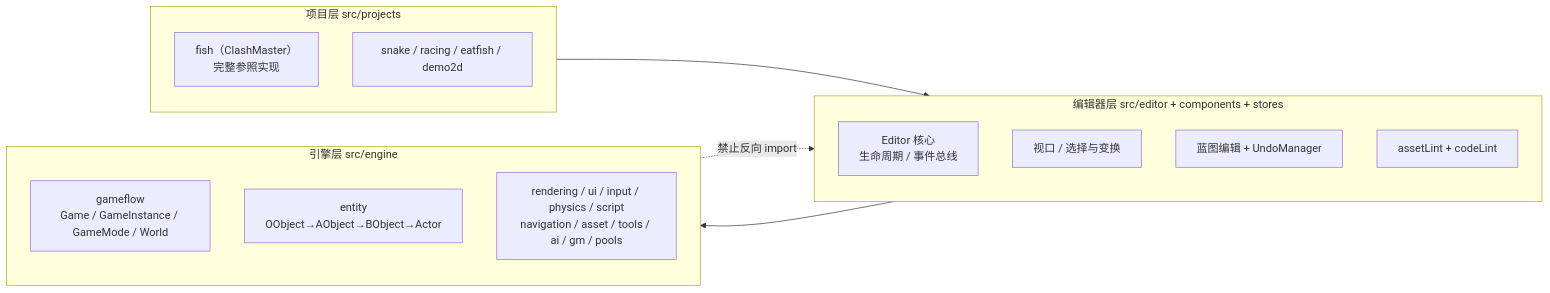
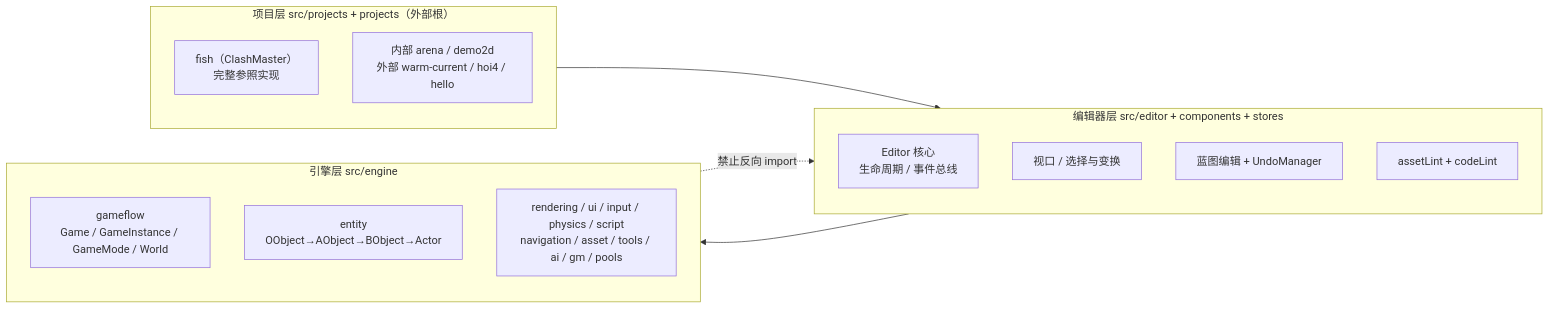
One commit to Kaplc/DemoStudio changed the diagram in doc/system_overview.md. Above: the diagram before and after it, drawn with Mermaid. The commit also changed other lines of this file and 92 other files, not shown here.

````diff
--- a/doc/system_overview.md
+++ b/doc/system_overview.md
@@ -30,20 +30,20 @@
 ```mermaid
 flowchart LR
-    subgraph PROJ[项目层 src/projects]
+    subgraph PROJ[项目层 src/projects + projects（外部根）]
         Fish["fish（ClashMaster）<br/>完整参照实现"]
-        Others["snake / racing / eatfish / demo2d"]
+        Others["内部 arena / demo2d<br/>外部 warm-current / hoi4 / hello"]
     end
     subgraph EDIT[编辑器层 src/editor + components + stores]
         Core["Editor 核心<br/>生命周期 / 事件总线"]
         Vp["视口 / 选择与变换"]
         Bp["蓝图编辑 + UndoManager"]
         Lint["assetLint + codeLint"]
     end
     subgraph ENG[引擎层 src/engine]
         Flow["gameflow<br/>Game / GameInstance / GameMode / World"]
         Ent["entity<br/>OObject→AObject→BObject→Actor"]
         Sup["rendering / ui / input / physics / script<br/>navigation / asset / tools / ai / gm / pools"]
     end
     PROJ --> EDIT --> ENG
     ENG -. 禁止反向 import .-> EDIT
 ```
````
